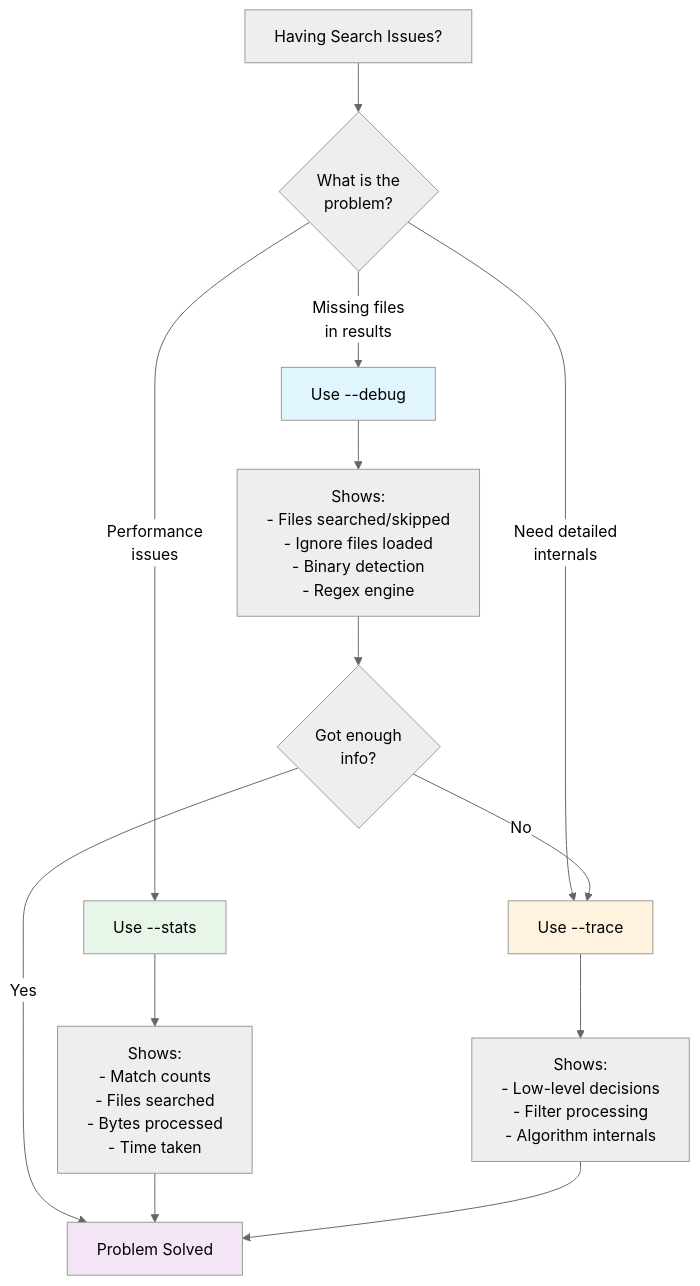
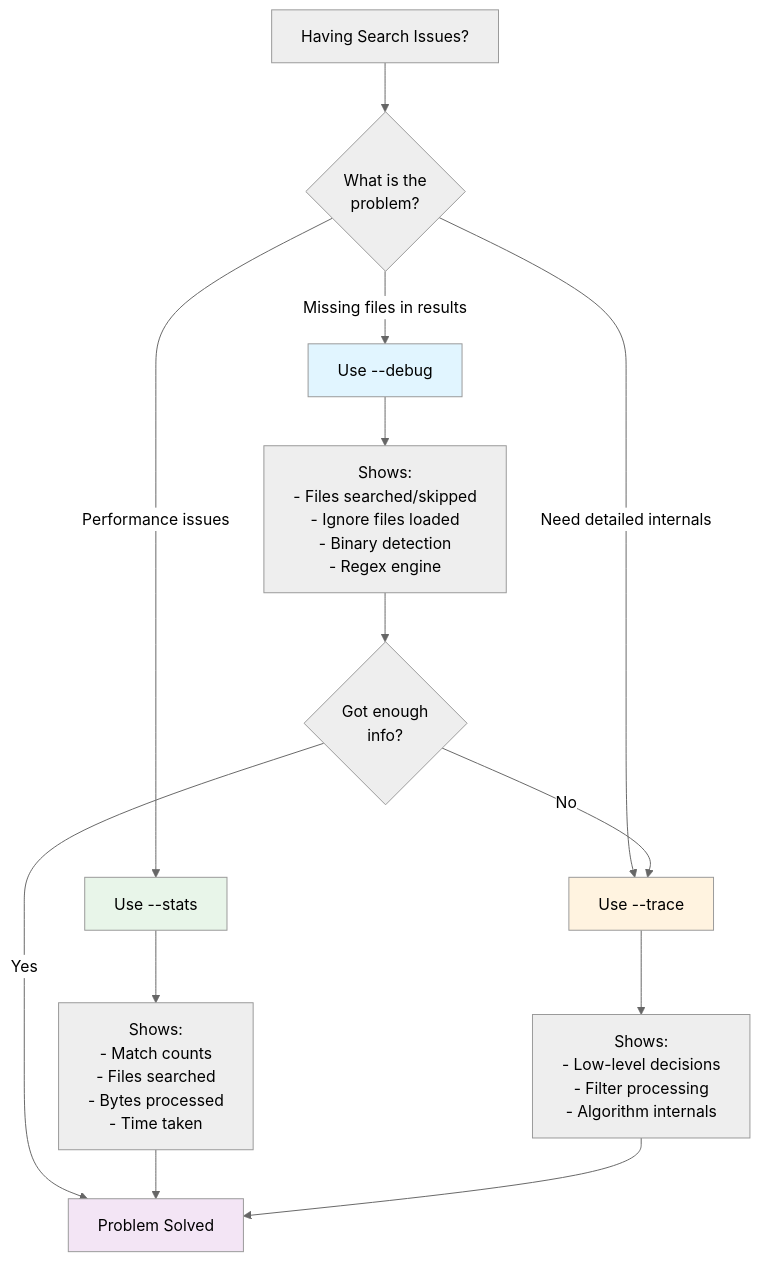
Before and after one commit to iepathos/ripgrep: the diagram in docs/troubleshooting/debug-flags.md, drawn with Mermaid (neutral theme). The commit also changed 10 other files, not shown here.

First line of the commit message:
fix: replace all <br/> tags with proper multi-line syntax in Mermaid diagrams

````diff
--- a/docs/troubleshooting/debug-flags.md
+++ b/docs/troubleshooting/debug-flags.md
@@ -7,26 +7,39 @@
 ```mermaid
 flowchart TD
-    Start[Having Search Issues?] --> Question{"What is the<br/>problem?"}
+    Start[Having Search Issues?] --> Question{"What is the
+problem?"}
 
-    Question -->|Missing files<br/>in results| Debug[Use --debug]
-    Question -->|Performance<br/>issues| Stats[Use --stats]
-    Question -->|Need detailed<br/>internals| Trace[Use --trace]
+    Question -->|Missing files in results| Debug[Use --debug]
+    Question -->|Performance issues| Stats[Use --stats]
+    Question -->|Need detailed internals| Trace[Use --trace]
 
-    Debug --> DebugInfo["Shows:<br/>- Files searched/skipped<br/>- Ignore files loaded<br/>- Binary detection<br/>- Regex engine"]
+    Debug --> DebugInfo["Shows:
+- Files searched/skipped
+- Ignore files loaded
+- Binary detection
+- Regex engine"]
 
-    Stats --> StatsInfo["Shows:<br/>- Match counts<br/>- Files searched<br/>- Bytes processed<br/>- Time taken"]
+    Stats --> StatsInfo["Shows:
+- Match counts
+- Files searched
+- Bytes processed
+- Time taken"]
 
-    Trace --> TraceInfo["Shows:<br/>- Low-level decisions<br/>- Filter processing<br/>- Algorithm internals"]
+    Trace --> TraceInfo["Shows:
+- Low-level decisions
+- Filter processing
+- Algorithm internals"]
 
-    DebugInfo --> DebugEnough{"Got enough<br/>info?"}
+    DebugInfo --> DebugEnough{"Got enough
+info?"}
     DebugEnough -->|No| Trace
     DebugEnough -->|Yes| End[Problem Solved]
 
     StatsInfo --> End
     TraceInfo --> End
 
     style Debug fill:#e1f5ff
     style Stats fill:#e8f5e9
     style Trace fill:#fff3e0
     style End fill:#f3e5f5
 ```
````
